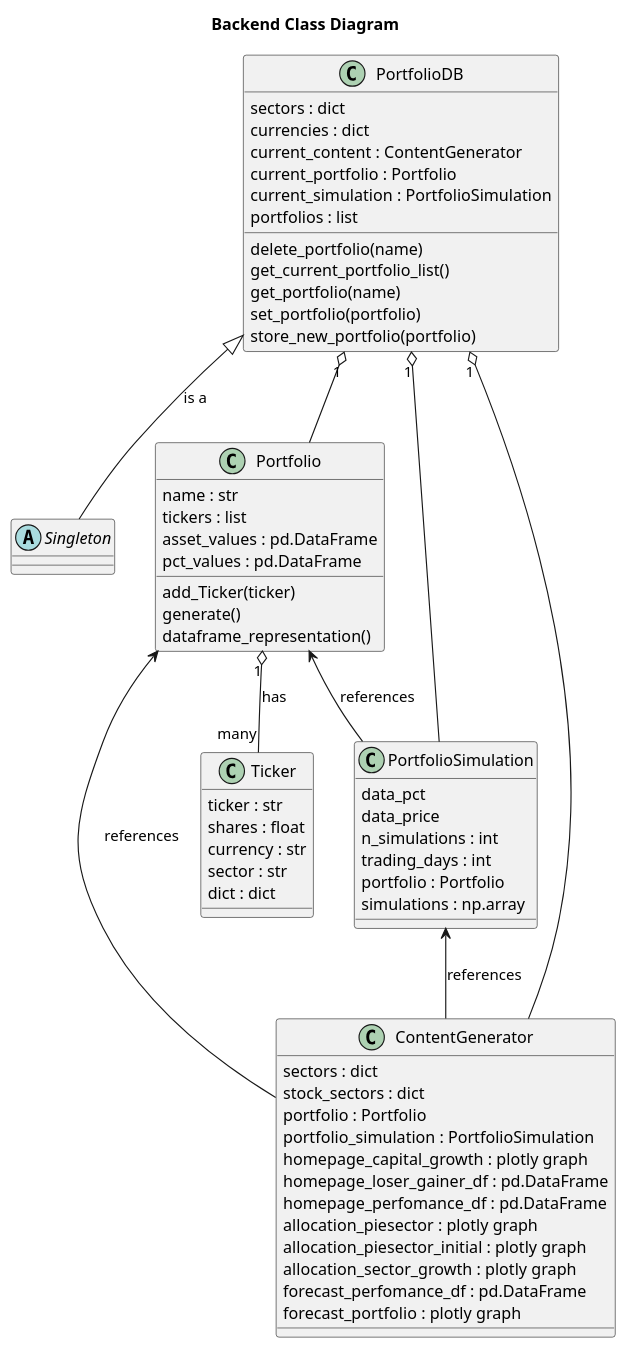
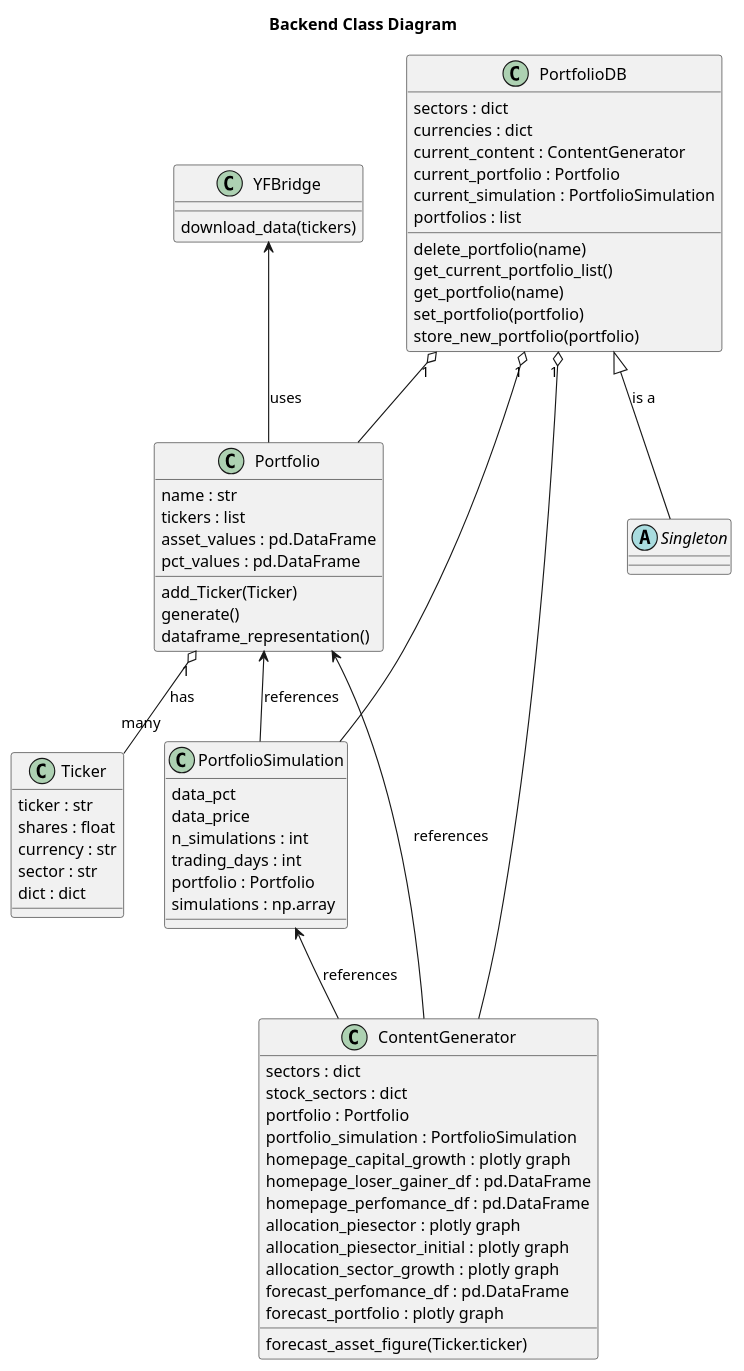
Before and after one commit to andreariba/Portfolio_app: the diagram in docs/backend_class_diagram.puml, drawn with PlantUML.

Commit message:
update UML diagram

```diff
--- a/docs/backend_class_diagram.puml
+++ b/docs/backend_class_diagram.puml
@@ -1,71 +1,75 @@
 @startuml
 title "Backend Class Diagram"
 
 abstract Singleton
 
 class Ticker
 Ticker : ticker : str
 Ticker : shares : float
 Ticker : currency : str
 Ticker : sector : str
 Ticker : dict : dict
 
 
 class Portfolio
 Portfolio : name : str
 Portfolio : tickers : list
 Portfolio : asset_values : pd.DataFrame
 Portfolio : pct_values : pd.DataFrame
-Portfolio : add_Ticker(ticker)
+Portfolio : add_Ticker(Ticker)
 Portfolio : generate()
 Portfolio : dataframe_representation()
 
+class YFBridge
+YFBridge : download_data(tickers)
 
 class PortfolioSimulation
 PortfolioSimulation : data_pct
 PortfolioSimulation : data_price 
 PortfolioSimulation : n_simulations : int
 PortfolioSimulation : trading_days : int
 PortfolioSimulation : portfolio : Portfolio
 PortfolioSimulation : simulations : np.array
 
 
 class ContentGenerator
 ContentGenerator : sectors : dict
 ContentGenerator : stock_sectors : dict
 ContentGenerator : portfolio : Portfolio
 ContentGenerator : portfolio_simulation : PortfolioSimulation
 ContentGenerator : homepage_capital_growth : plotly graph
 ContentGenerator : homepage_loser_gainer_df : pd.DataFrame
 ContentGenerator : homepage_perfomance_df : pd.DataFrame
 ContentGenerator : allocation_piesector : plotly graph
 ContentGenerator : allocation_piesector_initial : plotly graph
 ContentGenerator : allocation_sector_growth : plotly graph
 ContentGenerator : forecast_perfomance_df : pd.DataFrame
 ContentGenerator : forecast_portfolio : plotly graph
+ContentGenerator : forecast_asset_figure(Ticker.ticker)
 
 
 class PortfolioDB
 PortfolioDB : sectors : dict
 PortfolioDB : currencies : dict
 PortfolioDB : current_content : ContentGenerator
 PortfolioDB : current_portfolio : Portfolio
 PortfolioDB : current_simulation : PortfolioSimulation
 PortfolioDB : portfolios : list
 PortfolioDB : delete_portfolio(name)
 PortfolioDB : get_current_portfolio_list()
 PortfolioDB : get_portfolio(name)
 PortfolioDB : set_portfolio(portfolio)
 PortfolioDB : store_new_portfolio(portfolio)
 
 
 Portfolio "1" o-- "many" Ticker : has
 PortfolioDB "1" o-- Portfolio
 PortfolioDB "1" o-- PortfolioSimulation
 PortfolioDB "1" o-- ContentGenerator
 PortfolioDB <|-- Singleton : is a
+YFBridge <-- Portfolio : uses
 Portfolio <-- PortfolioSimulation : references
 Portfolio <-- ContentGenerator : references
 PortfolioSimulation <-- ContentGenerator : references
 
 @enduml
```
